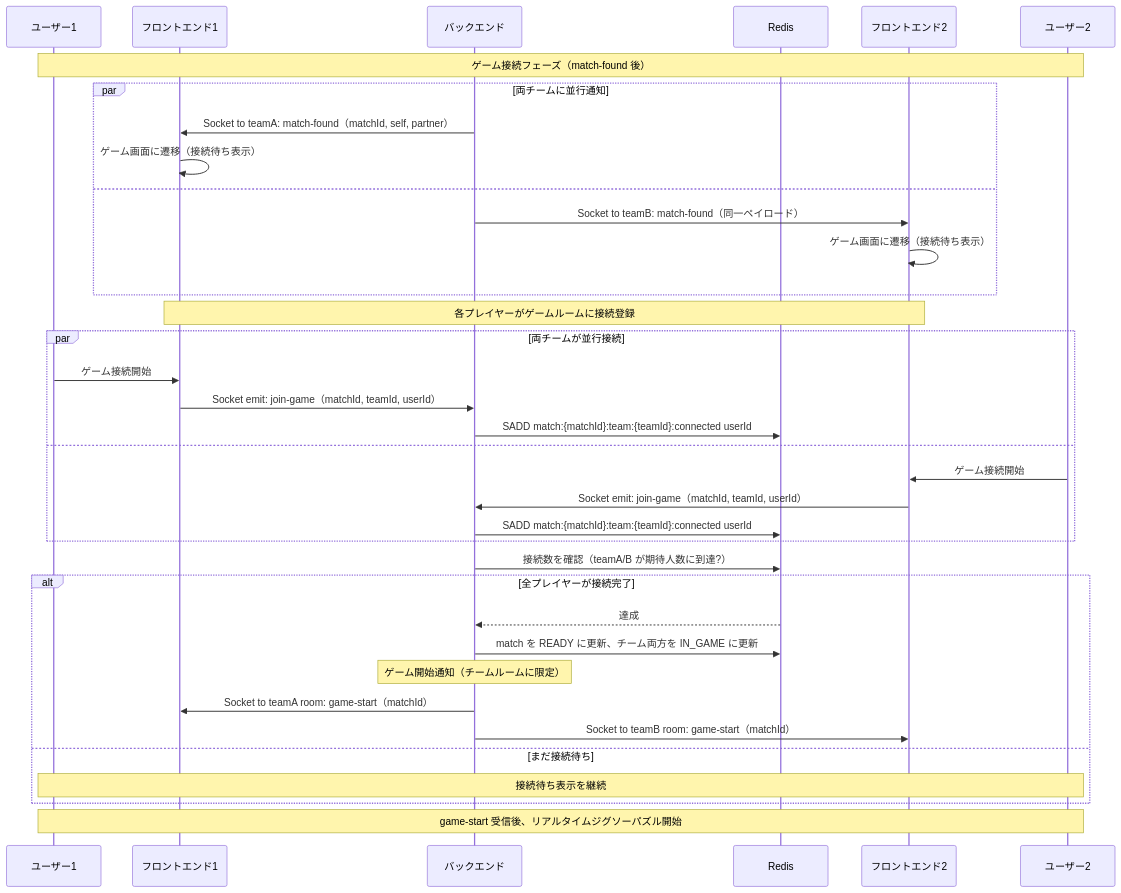
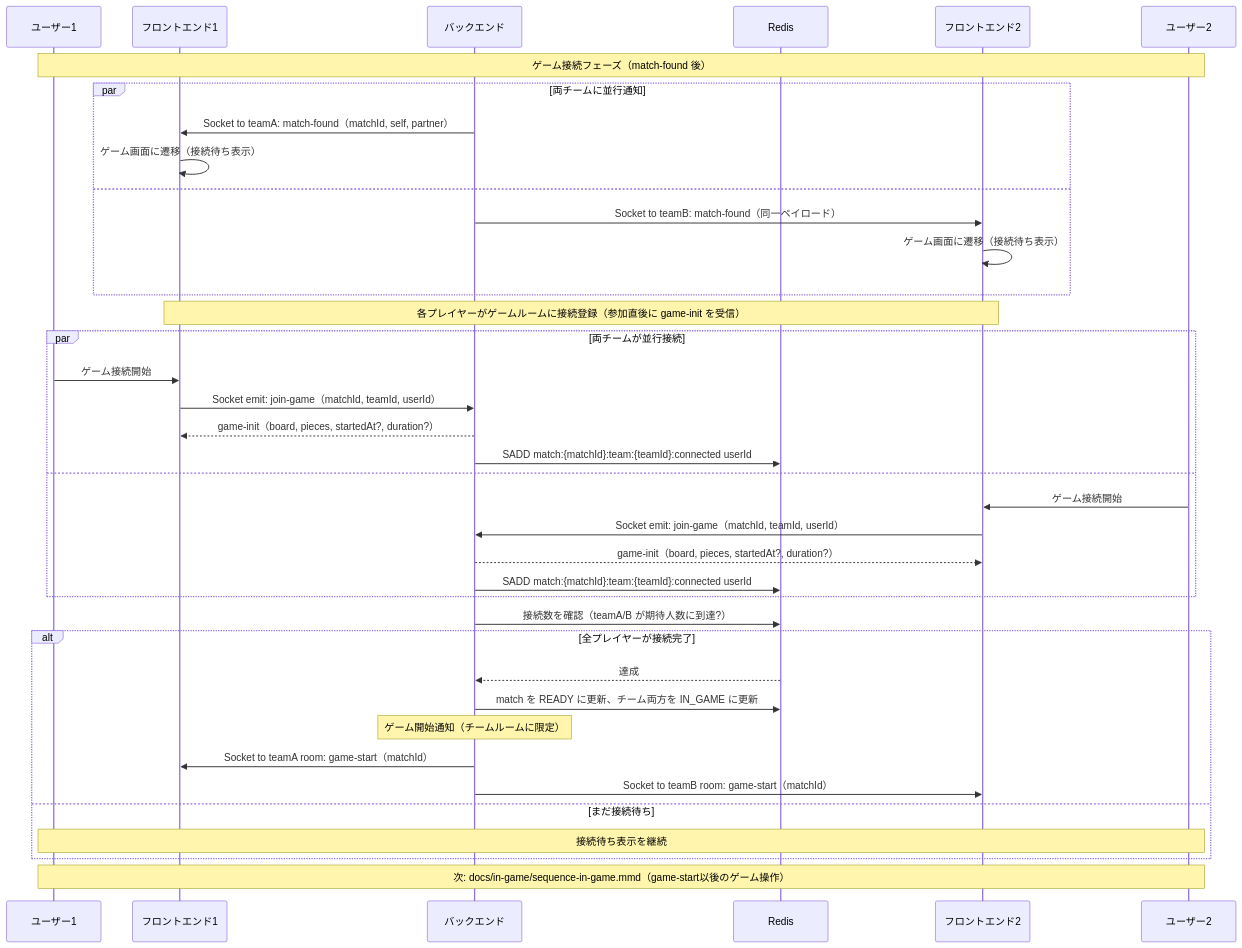
Before and after one commit to kotek-7/minpuzz: the diagram in docs/sequence-game-connection.mmd, drawn with Mermaid. The commit also changed other lines of this file and 9 other files, not shown here.

```diff
--- a/docs/sequence-game-connection.mmd
+++ b/docs/sequence-game-connection.mmd
@@ -1,43 +1,45 @@
 %%{init: {'theme':'default', 'themeVariables': {'primaryColor': '#4f46e5', 'primaryTextColor': '#fff', 'primaryBorderColor': '#3730a3', 'lineColor': '#374151', 'secondaryColor': '#e5e7eb', 'tertiaryColor': '#f3f4f6'}}}%%
 
 sequenceDiagram
     participant U1 as ユーザー1
     participant F1 as フロントエンド1
     participant B as バックエンド
     participant R as Redis
     participant F2 as フロントエンド2
     participant U2 as ユーザー2
 
     Note over U1,U2: ゲーム接続フェーズ（match-found 後）
 
     par 両チームに並行通知
         B->>F1: Socket to teamA: match-found（matchId, self, partner）
         F1->>F1: ゲーム画面に遷移（接続待ち表示）
     and
         B->>F2: Socket to teamB: match-found（同一ペイロード）
         F2->>F2: ゲーム画面に遷移（接続待ち表示）
     end
 
-    Note over F1,F2: 各プレイヤーがゲームルームに接続登録
+    Note over F1,F2: 各プレイヤーがゲームルームに接続登録（参加直後に game-init を受信）
     par 両チームが並行接続
         U1->>F1: ゲーム接続開始
         F1->>B: Socket emit: join-game（matchId, teamId, userId）
+        B-->>F1: game-init（board, pieces, startedAt?, duration?）
         B->>R: SADD match:{matchId}:team:{teamId}:connected userId
     and
         U2->>F2: ゲーム接続開始
         F2->>B: Socket emit: join-game（matchId, teamId, userId）
+        B-->>F2: game-init（board, pieces, startedAt?, duration?）
         B->>R: SADD match:{matchId}:team:{teamId}:connected userId
     end
 
     B->>R: 接続数を確認（teamA/B が期待人数に到達?）
     alt 全プレイヤーが接続完了
         R-->>B: 達成
         B->>R: match を READY に更新、チーム両方を IN_GAME に更新
         Note over B: ゲーム開始通知（チームルームに限定）
         B->>F1: Socket to teamA room: game-start（matchId）
         B->>F2: Socket to teamB room: game-start（matchId）
     else まだ接続待ち
         Note over U1,U2: 接続待ち表示を継続
     end
 
-    Note over U1,U2: game-start 受信後、リアルタイムジグソーパズル開始
+    Note over U1,U2: 次: docs/in-game/sequence-in-game.mmd（game-start以後のゲーム操作）
```
